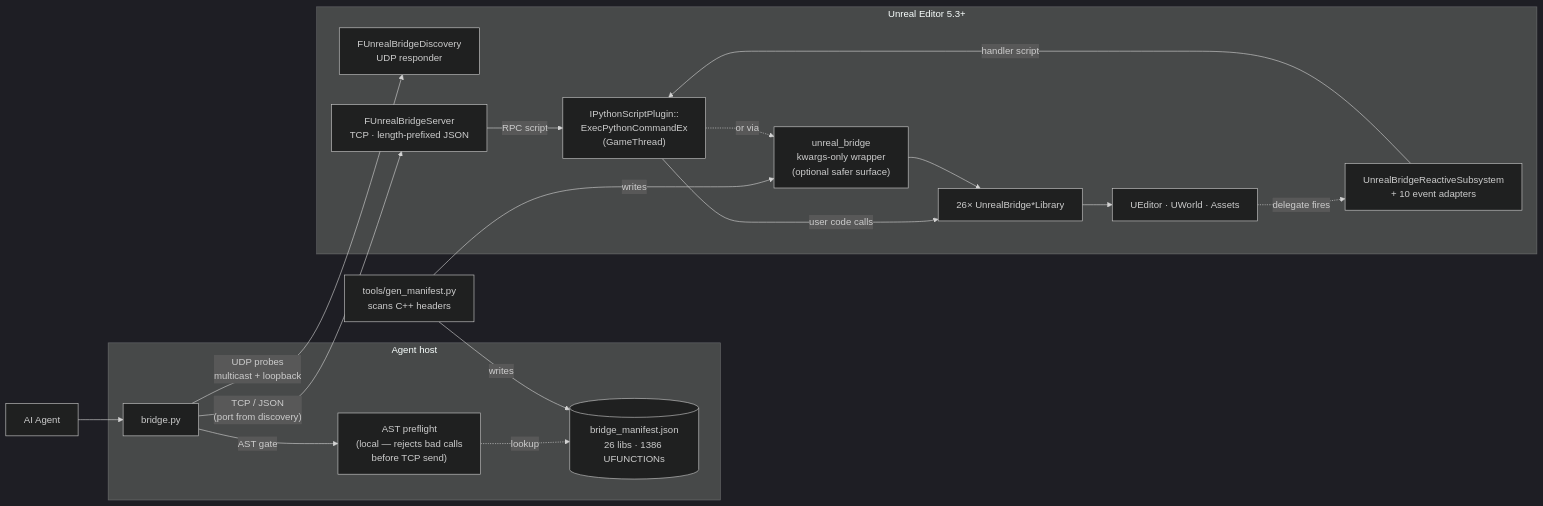
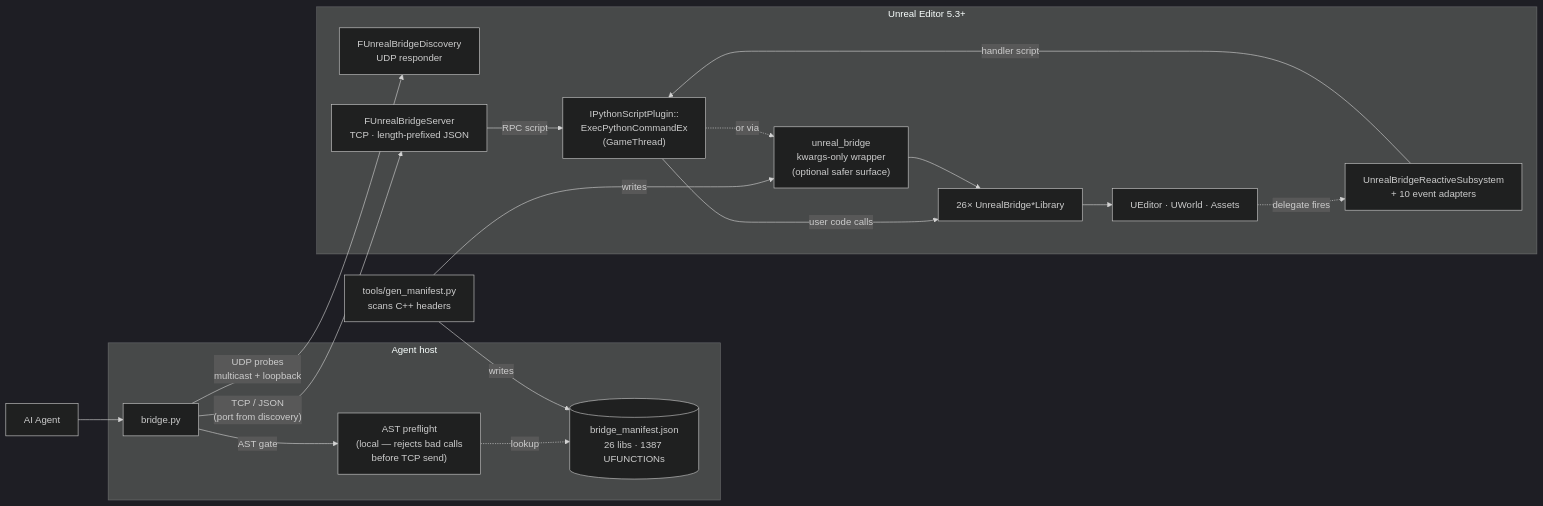
One commit to TornLux/UnrealBridge changed the diagram in README.md. Above: the diagram before and after it, drawn with Mermaid (dark theme). The commit also changed other lines of this file and 13 other files, not shown here.

````diff
--- a/README.md
+++ b/README.md
@@ -45,40 +45,40 @@
 ```mermaid
 flowchart LR
     Agent["AI Agent"]
 
     subgraph Host["Agent host"]
       CLI["bridge.py"]
       Pre["AST preflight<br/>(local — rejects bad calls<br/>before TCP send)"]
-      Mani[("bridge_manifest.json<br/>26 libs · 1386 UFUNCTIONs")]
+      Mani[("bridge_manifest.json<br/>26 libs · 1387 UFUNCTIONs")]
     end
 
     Gen["tools/gen_manifest.py<br/>scans C++ headers"]
 
     subgraph UE["Unreal Editor 5.3+"]
       Disc["FUnrealBridgeDiscovery<br/>UDP responder"]
       Server["FUnrealBridgeServer<br/>TCP · length-prefixed JSON"]
       Reactive["UnrealBridgeReactiveSubsystem<br/>+ 10 event adapters"]
       Exec["IPythonScriptPlugin::<br/>ExecPythonCommandEx<br/>(GameThread)"]
       Wrap["unreal_bridge<br/>kwargs-only wrapper<br/>(optional safer surface)"]
       Libs["26× UnrealBridge*Library"]
       Engine["UEditor · UWorld · Assets"]
     end
 
     Agent --> CLI
     CLI -- "AST gate" --> Pre
     Pre -. "lookup" .-> Mani
 
     Gen -- "writes" --> Mani
     Gen -- "writes" --> Wrap
 
     CLI -- "UDP probes<br/>multicast + loopback" --> Disc
     CLI -- "TCP / JSON<br/>(port from discovery)" --> Server
     Server -- "RPC script" --> Exec
     Engine -. "delegate fires" .-> Reactive
     Reactive -- "handler script" --> Exec
 
     Exec -- "user code calls" --> Libs
     Exec -. "or via" .-> Wrap
     Wrap --> Libs
     Libs --> Engine
 ```
````
